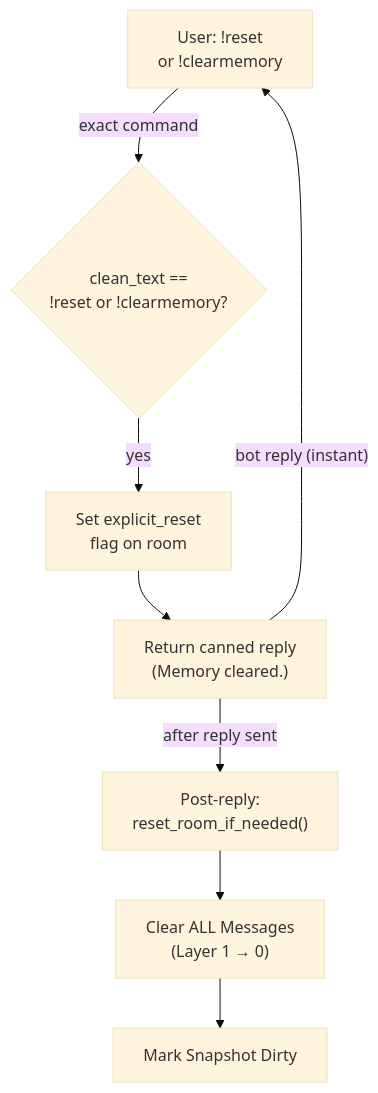
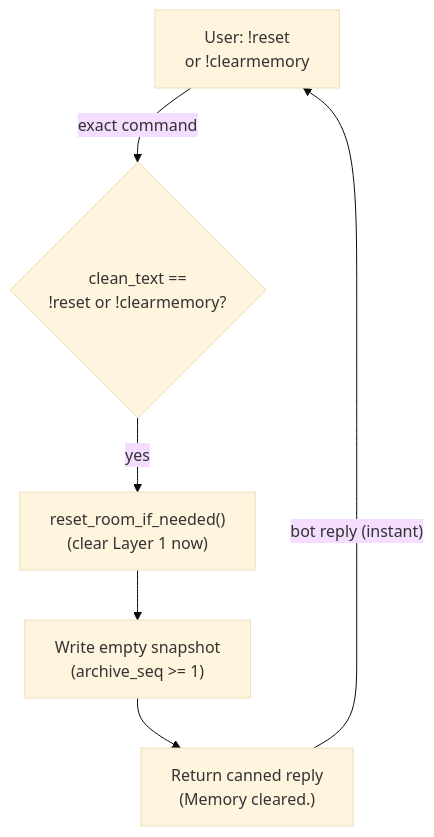
Before and after one commit to cosmoswafer/rockbot: the diagram in docs/dfd/tools/reset-memory/shortcut-fast-path.md, drawn with Mermaid (base theme). The commit also changed other lines of this file and 12 other files, not shown here.

First line of the commit message:
fix: persist empty memory snapshot on !reset

````diff
--- a/docs/dfd/tools/reset-memory/shortcut-fast-path.md
+++ b/docs/dfd/tools/reset-memory/shortcut-fast-path.md
@@ -12,18 +13,14 @@
 ```mermaid
 flowchart TD
     USER["User: !reset<br/>or !clearmemory"]
     CHECK{"clean_text ==<br/>!reset or !clearmemory?"}
-    SET_FLAG["Set explicit_reset<br/>flag on room"]
+    RESET["reset_room_if_needed()<br/>(clear Layer 1 now)"]
+    PERSIST["Write empty snapshot<br/>(archive_seq >= 1)"]
     REPLY["Return canned reply<br/>(Memory cleared.)"]
-    POST["Post-reply:<br/>reset_room_if_needed()"]
-    CLEAR["Clear ALL Messages<br/>(Layer 1 → 0)"]
-    DIRTY[Mark Snapshot Dirty]
 
     USER -->|"exact command"| CHECK
-    CHECK -->|"yes"| SET_FLAG
-    SET_FLAG --> REPLY
+    CHECK -->|"yes"| RESET
+    RESET --> PERSIST
+    PERSIST --> REPLY
     REPLY -->|"bot reply (instant)"| USER
-    REPLY -->|"after reply sent"| POST
-    POST --> CLEAR
-    CLEAR --> DIRTY
 ```
````
